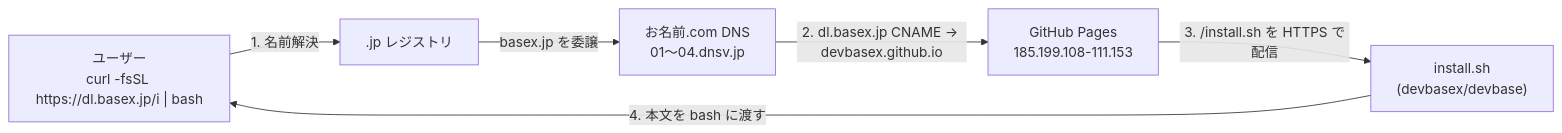
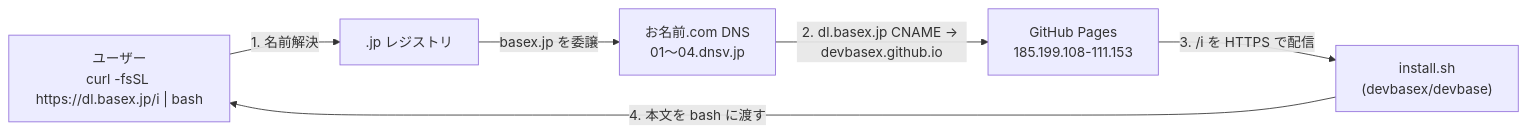
Before and after one commit to devbasex/devbase: the first of 3 diagrams in docs/developer/installer-hosting.md, drawn with Mermaid. The commit also changed other lines of this file and 1 other file, not shown here.

First line of the commit message:
ci(pages): 後方互換エイリアス /install.sh を廃止し /i のみ配信 (PLAN31_1) (#52)

````diff
--- a/docs/developer/installer-hosting.md
+++ b/docs/developer/installer-hosting.md
@@ -41,14 +40,14 @@
 ```mermaid
 flowchart LR
     U["ユーザー<br/>curl -fsSL https://dl.basex.jp/i | bash"]
     R[".jp レジストリ"]
     O["お名前.com DNS<br/>01〜04.dnsv.jp"]
     GP["GitHub Pages<br/>185.199.108-111.153"]
     F["install.sh<br/>(devbasex/devbase)"]
 
     U -->|"1. 名前解決"| R
     R -->|"basex.jp を委譲"| O
     O -->|"2. dl.basex.jp CNAME → devbasex.github.io"| GP
-    GP -->|"3. /install.sh を HTTPS で配信"| F
+    GP -->|"3. /i を HTTPS で配信"| F
     F -->|"4. 本文を bash に渡す"| U
 ```
````
